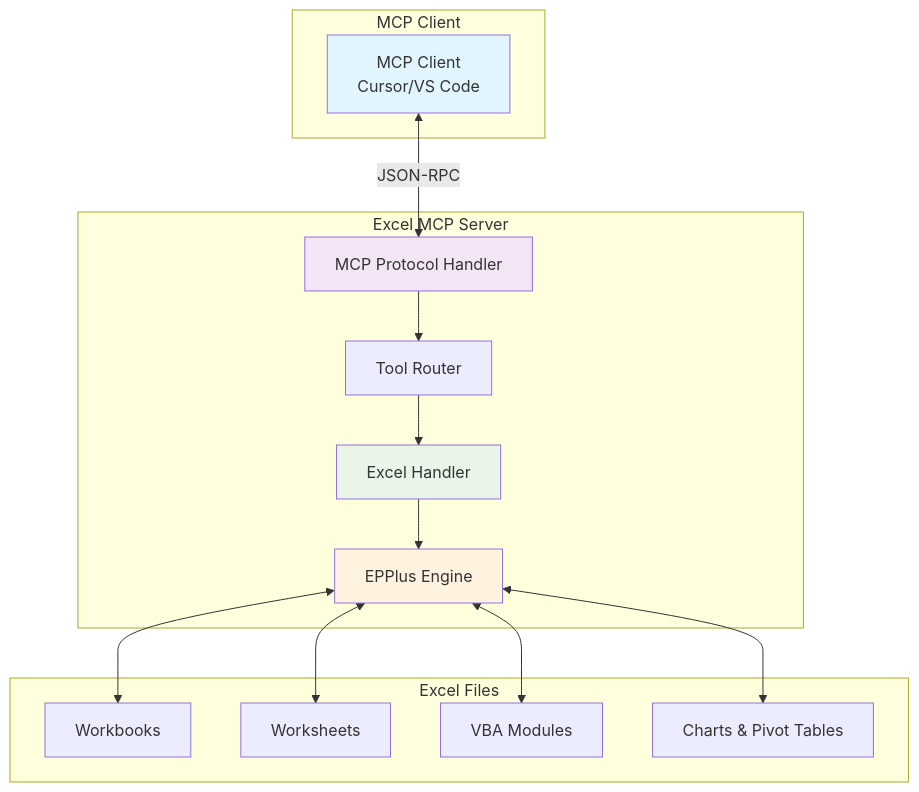
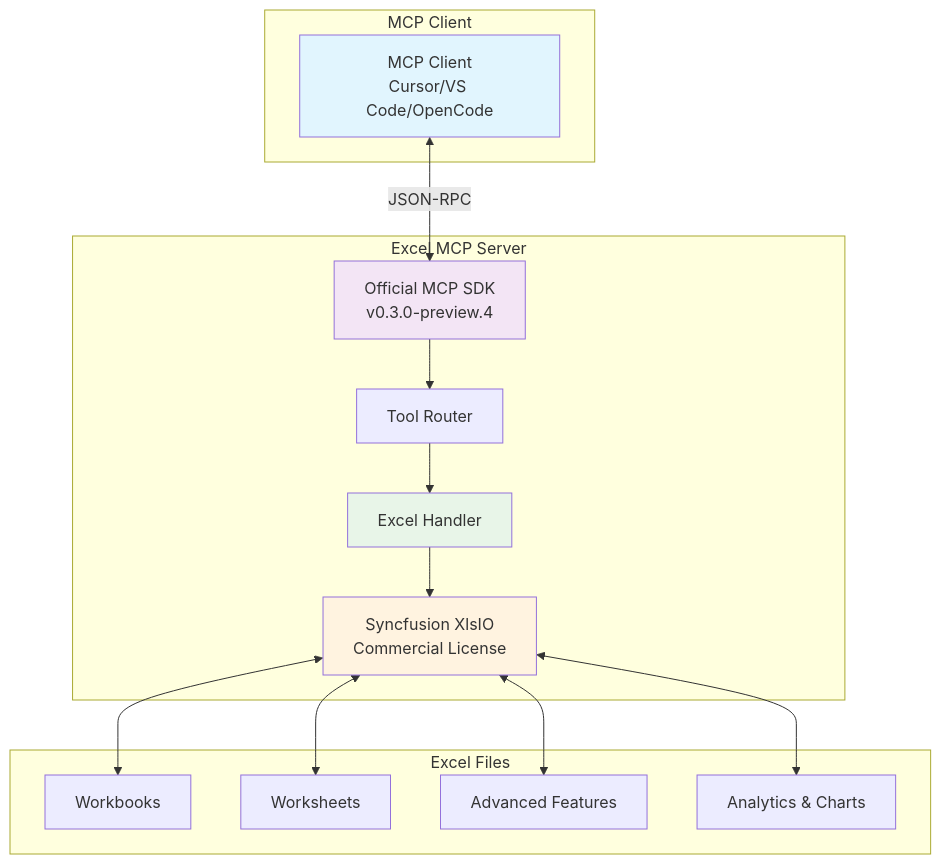
The first of 8 diagrams in README.md (serhabdel/Excel-mcp-dotnet), drawn with Mermaid before and after one commit. The commit also changed other lines of this file and 13 other files, not shown here.

First line of the commit message:
Refactor Excel MCP Server to utilize Syncfusion XlsIO and enhance functionality

````diff
--- a/README.md
+++ b/README.md
@@ -24,34 +23,34 @@
 ```mermaid
 graph TB
     subgraph "MCP Client"
-        A[MCP Client<br/>Cursor/VS Code]
+        A[MCP Client<br/>Cursor/VS Code/OpenCode]
     end
     
     subgraph "Excel MCP Server"
-        B[MCP Protocol Handler]
+        B[Official MCP SDK<br/>v0.3.0-preview.4]
         C[Tool Router]
         D[Excel Handler]
-        E[EPPlus Engine]
+        E[Syncfusion XlsIO<br/>Commercial License]
     end
     
     subgraph "Excel Files"
         F[Workbooks]
         G[Worksheets]
-        H[VBA Modules]
-        I[Charts & Pivot Tables]
+        H[Advanced Features]
+        I[Analytics & Charts]
     end
     
     A <-->|JSON-RPC| B
     B --> C
     C --> D
     D --> E
     E <--> F
     E <--> G
     E <--> H
     E <--> I
     
     style A fill:#e1f5fe
     style B fill:#f3e5f5
     style D fill:#e8f5e8
     style E fill:#fff3e0
 ```
````
